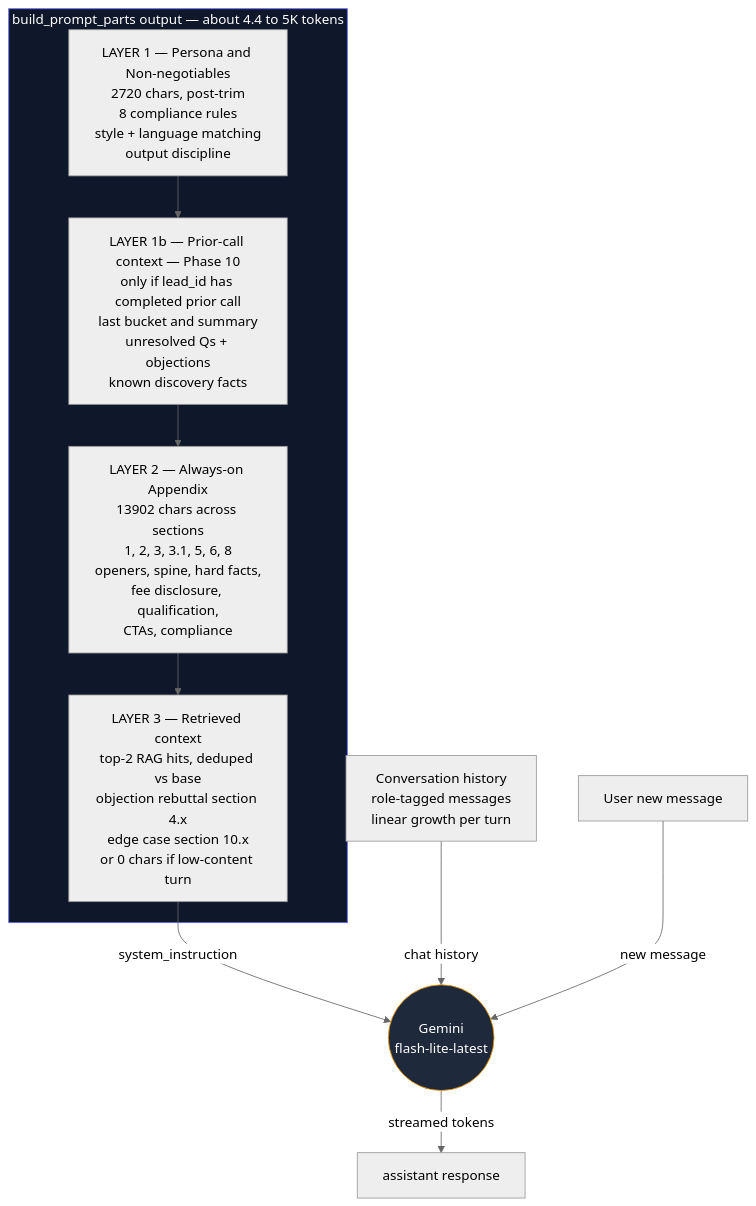
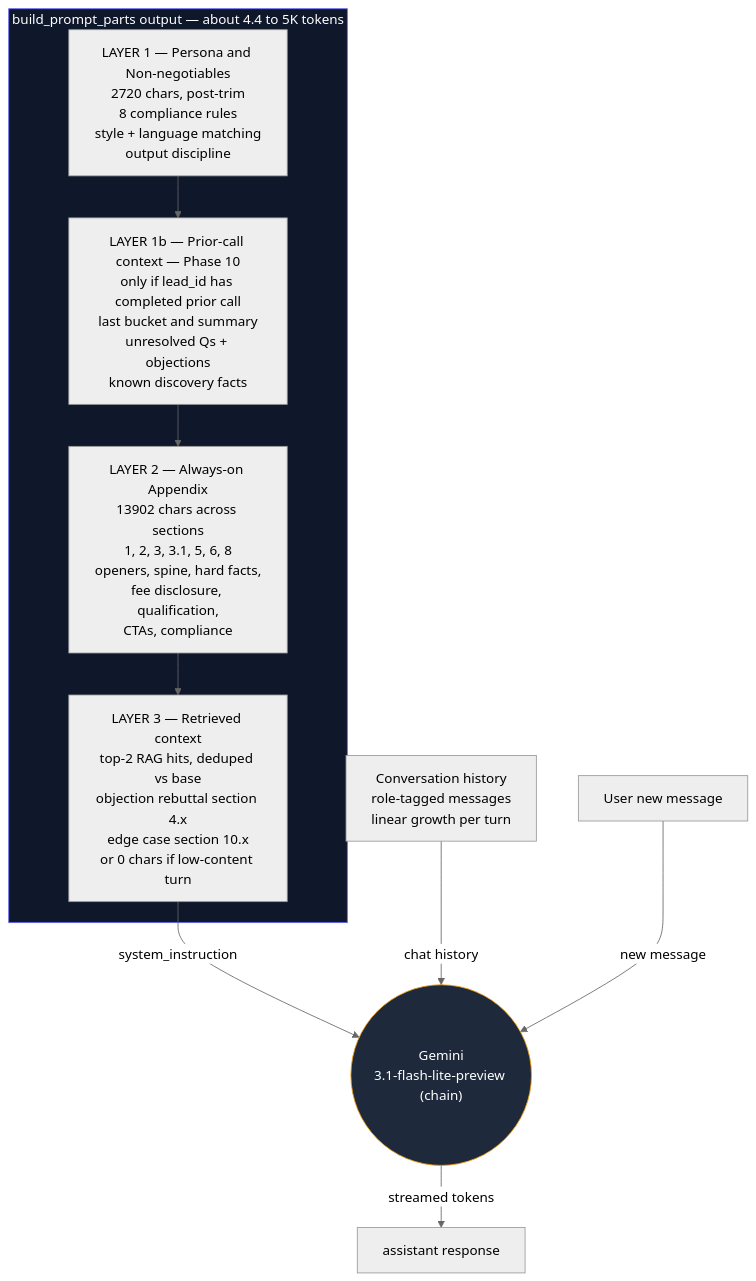
One commit to AmanG-04/rupeezy-voice-agent changed the ninth of 10 diagrams in ARCHITECTURE.md. Above: the diagram before and after it, drawn with Mermaid (neutral theme). The commit also changed other lines of this file and 3 other files, not shown here.

````diff
--- a/ARCHITECTURE.md
+++ b/ARCHITECTURE.md
@@ -474,24 +479,24 @@
 ```mermaid
 flowchart TB
     subgraph Built["build_prompt_parts output — about 4.4 to 5K tokens"]
         P1["LAYER 1 — Persona and Non-negotiables<br/>2720 chars, post-trim<br/>8 compliance rules<br/>style + language matching<br/>output discipline"]
         P1b["LAYER 1b — Prior-call context — Phase 10<br/>only if lead_id has completed prior call<br/>last bucket and summary<br/>unresolved Qs + objections<br/>known discovery facts"]
         P2["LAYER 2 — Always-on Appendix<br/>13902 chars across sections<br/>1, 2, 3, 3.1, 5, 6, 8<br/>openers, spine, hard facts,<br/>fee disclosure, qualification,<br/>CTAs, compliance"]
         P3["LAYER 3 — Retrieved context<br/>top-2 RAG hits, deduped vs base<br/>objection rebuttal section 4.x<br/>edge case section 10.x<br/>or 0 chars if low-content turn"]
         P1 --> P1b
         P1b --> P2
         P2 --> P3
     end
 
     History["Conversation history<br/>role-tagged messages<br/>linear growth per turn"]
     UserText["User new message"]
 
-    P3 -->|system_instruction| Gemini(("Gemini<br/>flash-lite-latest"))
+    P3 -->|system_instruction| Gemini(("Gemini<br/>3.1-flash-lite-preview (chain)"))
     History -->|chat history| Gemini
     UserText -->|new message| Gemini
 
     Gemini -->|streamed tokens| Out["assistant response"]
 
     style Built fill:#0F172A,stroke:#6366F1,color:#fff
     style Gemini fill:#1E293B,stroke:#F59E0B,color:#fff
 ```
````
